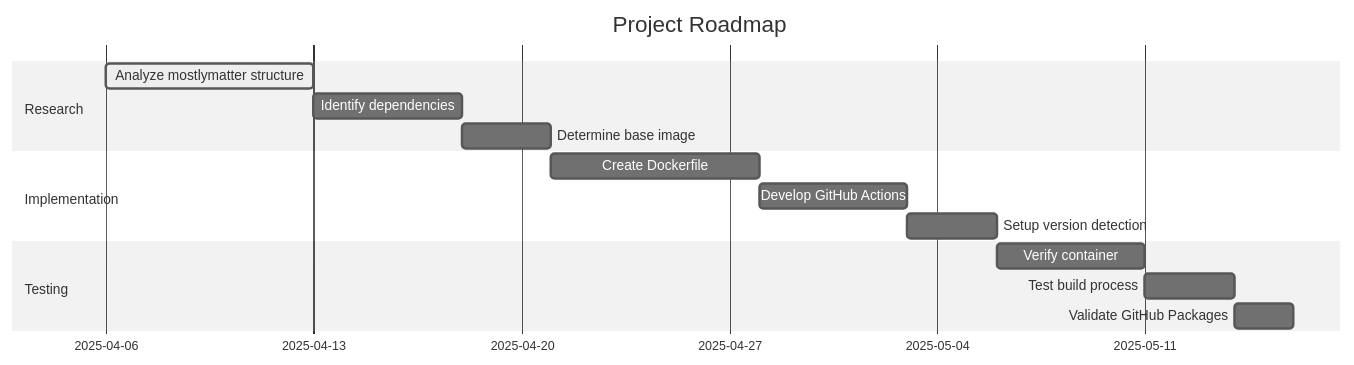
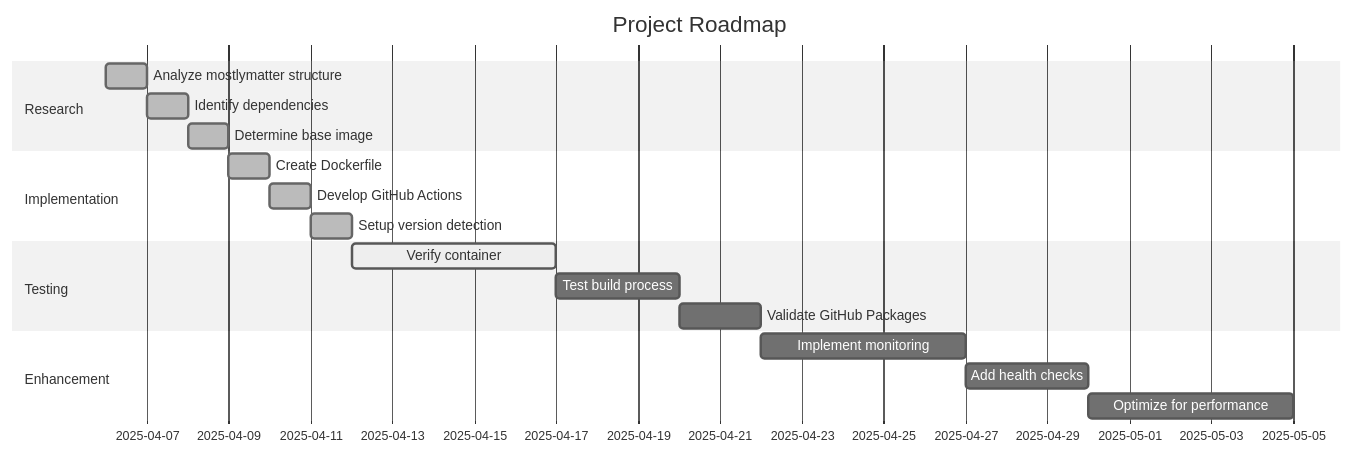
Before and after one commit to Fgruntjes/mostlymatter-docker: the diagram in memory-bank/activeContext.md, drawn with Mermaid (neutral theme). The commit also changed other lines of this file and 6 other files, not shown here.

First line of the commit message:
feat: implement Docker containerization for mostlymatter

````diff
--- a/memory-bank/activeContext.md
+++ b/memory-bank/activeContext.md
@@ -20,17 +23,21 @@
 ```mermaid
 gantt
     title Project Roadmap
     dateFormat  YYYY-MM-DD
     section Research
-    Analyze mostlymatter structure    :active, r1, 2025-04-06, 7d
-    Identify dependencies             :r2, after r1, 5d
-    Determine base image             :r3, after r2, 3d
+    Analyze mostlymatter structure    :done, r1, 2025-04-06, 1d
+    Identify dependencies             :done, r2, after r1, 1d
+    Determine base image             :done, r3, after r2, 1d
     section Implementation
-    Create Dockerfile                :i1, after r3, 7d
-    Develop GitHub Actions           :i2, after i1, 5d
-    Setup version detection          :i3, after i2, 3d
+    Create Dockerfile                :done, i1, after r3, 1d
+    Develop GitHub Actions           :done, i2, after i1, 1d
+    Setup version detection          :done, i3, after i2, 1d
     section Testing
-    Verify container                 :t1, after i3, 5d
+    Verify container                 :active, t1, after i3, 5d
     Test build process               :t2, after t1, 3d
     Validate GitHub Packages         :t3, after t2, 2d
+    section Enhancement
+    Implement monitoring             :e1, after t3, 5d
+    Add health checks                :e2, after e1, 3d
+    Optimize for performance         :e3, after e2, 5d
 ```
````
